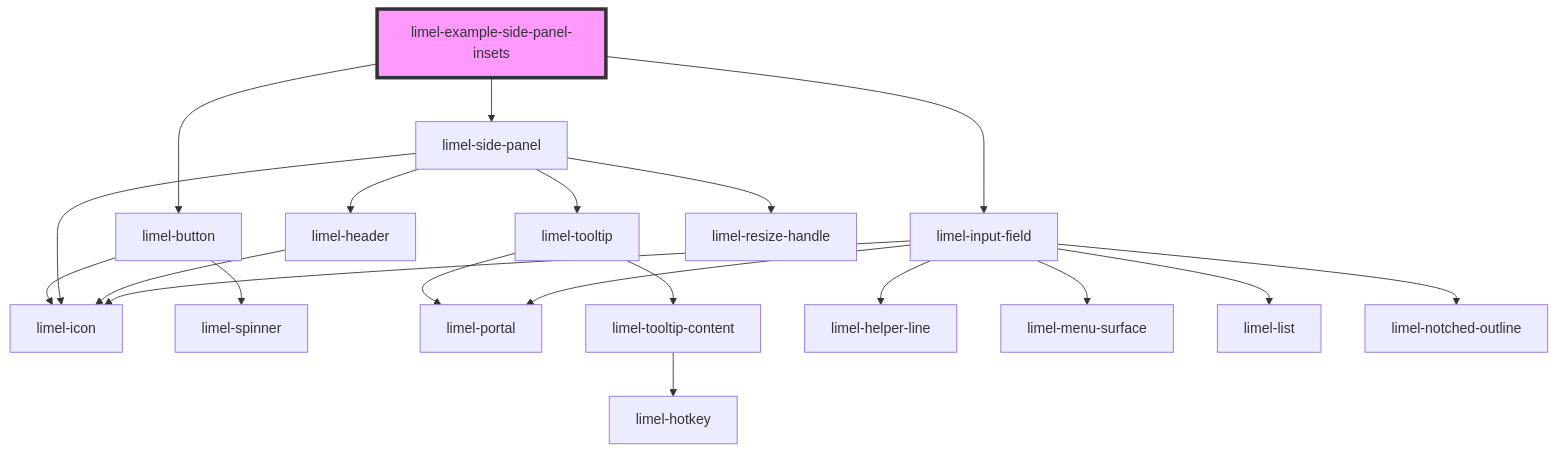
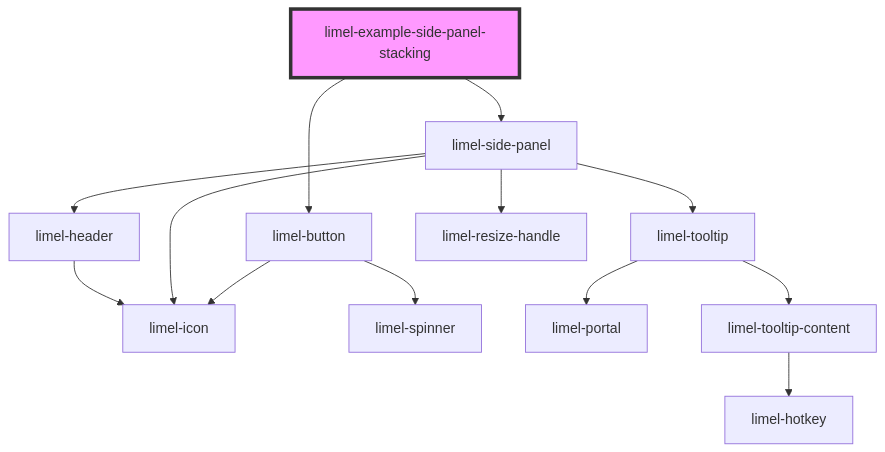
One commit to Lundalogik/lime-elements changed the diagram in versions/PR-4403/markdown-docs/components/side-panel/examples/readme.md. Above: the diagram before and after it, drawn with Mermaid. The commit also changed other lines of this file and 596 other files, not shown here.

````diff
--- a/versions/PR-4403/markdown-docs/components/side-panel/examples/readme.md
+++ b/versions/PR-4403/markdown-docs/components/side-panel/examples/readme.md
@@ -25,23 +34,16 @@
 ```mermaid
 graph TD;
-  limel-example-side-panel-insets --> limel-button
-  limel-example-side-panel-insets --> limel-side-panel
-  limel-example-side-panel-insets --> limel-input-field
+  limel-example-side-panel-stacking --> limel-button
+  limel-example-side-panel-stacking --> limel-side-panel
   limel-button --> limel-icon
   limel-button --> limel-spinner
   limel-side-panel --> limel-icon
   limel-side-panel --> limel-tooltip
   limel-side-panel --> limel-header
   limel-side-panel --> limel-resize-handle
   limel-tooltip --> limel-portal
   limel-tooltip --> limel-tooltip-content
   limel-tooltip-content --> limel-hotkey
   limel-header --> limel-icon
-  limel-input-field --> limel-helper-line
-  limel-input-field --> limel-icon
-  limel-input-field --> limel-portal
-  limel-input-field --> limel-menu-surface
-  limel-input-field --> limel-list
-  limel-input-field --> limel-notched-outline
-  style limel-example-side-panel-insets fill:#f9f,stroke:#333,stroke-width:4px
+  style limel-example-side-panel-stacking fill:#f9f,stroke:#333,stroke-width:4px
 ```
````
